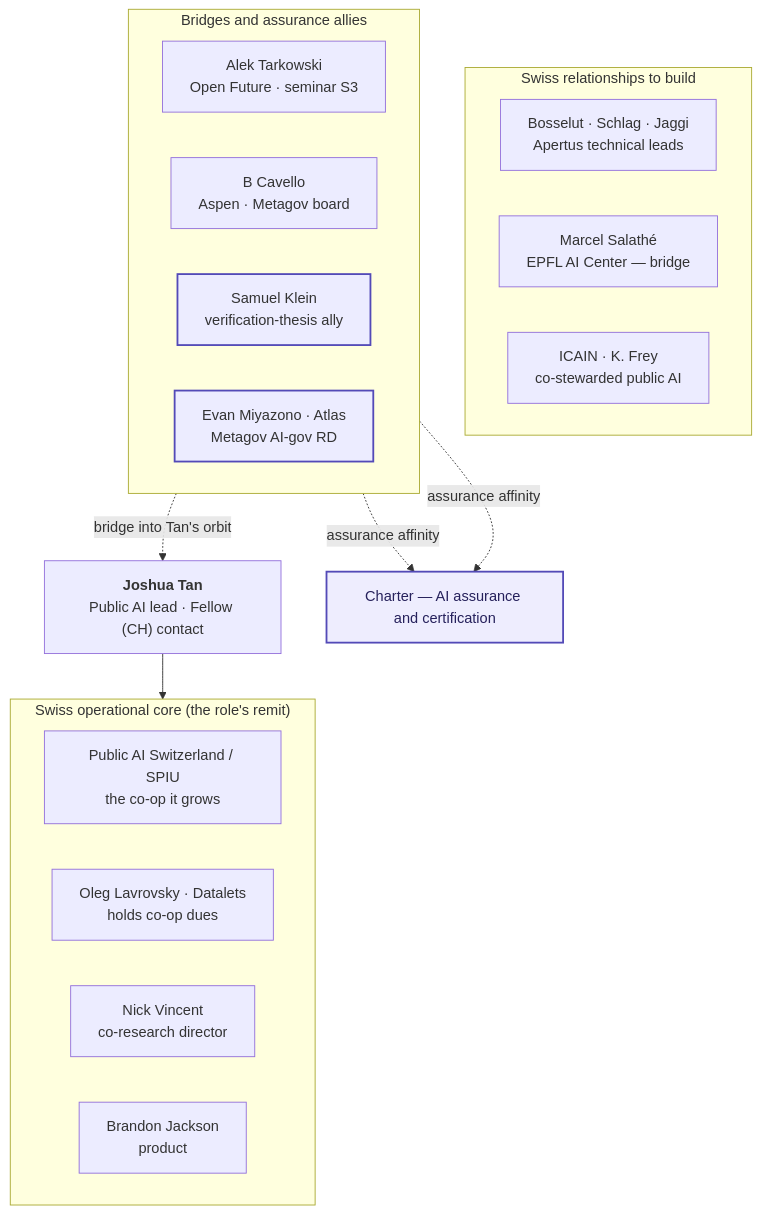
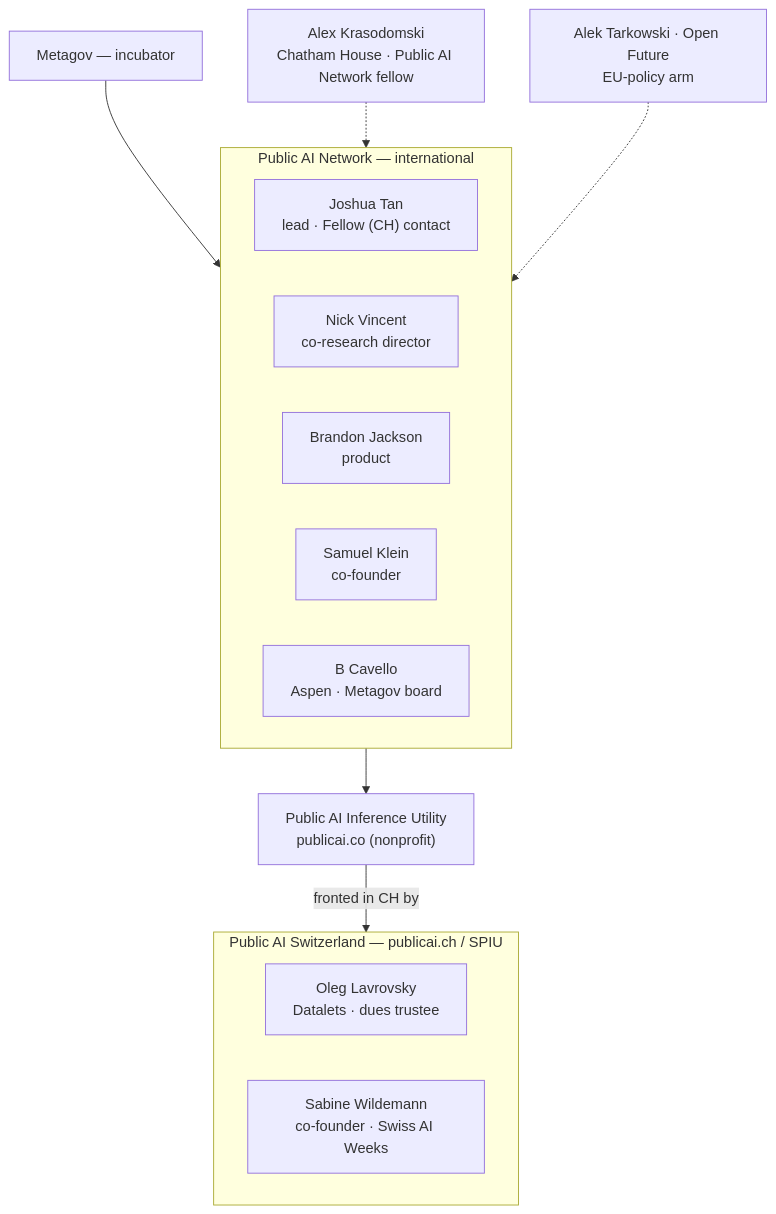
One commit to robertschaub/our-ai-charter changed the first of 3 diagrams in docs/wip/public-ai-people-and-pathways.md. Above: the diagram before and after it, drawn with Mermaid. The commit also changed other lines of this file and 1 other file, not shown here.

Commit message:
docs(wip): refocus Public AI stakeholder map into two diagrams (Public AI intl+CH; Apertus/Swiss)
public-ai-people-and-pathways.md: split the combined who's-who map into section 1 Public AI (international + Swiss chapter) -- adding Sabine Wildemann and Alex Krasodomski plus the Metagov -> coalition -> utility -> SPIU spine -- and a new section 2 Apertus & the Swiss AI ecosystem (CH): Swiss AI Initiative (ETH+EPFL AI Centers), Andreas Krause, Menna El-Assady, CSCS/Schulthess, Swisscom distribution. Pulls the most relevant star-rated contacts from the actor map without overloading (summit/diplomacy, scholars, funders, and lower-rated operational names stay in the actor map). Seminar-network view -> section 3, Apertus grounding -> section 4, Salathe actor note -> section 5. Neutral voice retained; mkdocs build --strict clean.

````diff
--- a/docs/wip/public-ai-people-and-pathways.md
+++ b/docs/wip/public-ai-people-and-pathways.md
@@ -15,36 +16,23 @@
 ```mermaid
-flowchart TD
-  TAN["<b>Joshua Tan</b><br/>Public AI lead · Fellow (CH) contact"]
-
-  subgraph CORE["Swiss operational core (the role's remit)"]
+flowchart TB
+  MG["Metagov — incubator"]
+  subgraph INTL["Public AI Network — international"]
     direction LR
-    SPIU["Public AI Switzerland / SPIU<br/>the co-op it grows"]
-    LAV["Oleg Lavrovsky · Datalets<br/>holds co-op dues"]
+    TAN["Joshua Tan<br/>lead · Fellow (CH) contact"]
     NV["Nick Vincent<br/>co-research director"]
     BJ["Brandon Jackson<br/>product"]
+    KLEIN["Samuel Klein<br/>co-founder"]
+    CAV["B Cavello<br/>Aspen · Metagov board"]
   end
-  TAN --> CORE
-
-  subgraph REL["Swiss relationships to build"]
+  UTIL["Public AI Inference Utility<br/>publicai.co (nonprofit)"]
+  subgraph CHX["Public AI Switzerland — publicai.ch / SPIU"]
     direction LR
-    APE["Bosselut · Schlag · Jaggi<br/>Apertus technical leads"]
-    SAL["Marcel Salathé<br/>EPFL AI Center — bridge"]
-    ICN["ICAIN · K. Frey<br/>co-stewarded public AI"]
+    LAV["Oleg Lavrovsky<br/>Datalets · dues trustee"]
+    WIL["Sabine Wildemann<br/>co-founder · Swiss AI Weeks"]
   end
-
-  subgraph WARM["Bridges and assurance allies"]
-    direction LR
-    ALEK["Alek Tarkowski<br/>Open Future · seminar S3"]
-    CAV["B Cavello<br/>Aspen · Metagov board"]
-    KLEIN["Samuel Klein<br/>verification-thesis ally"]:::lev
-    MIY["Evan Miyazono · Atlas<br/>Metagov AI-gov RD"]:::lev
-  end
-
-  CHT["Charter — AI assurance and certification"]:::charter
-  ALEK -.->|bridge into Tan's orbit| TAN
-  KLEIN -.->|assurance affinity| CHT
-  MIY -.->|assurance affinity| CHT
-
-  classDef charter fill:#EEEDFE,stroke:#534AB7,stroke-width:2px,color:#26215C;
-  classDef lev stroke:#534AB7,stroke-width:2px;
+  MG --> INTL
+  TAN --> UTIL
+  UTIL -->|fronted in CH by| CHX
+  KRA["Alex Krasodomski<br/>Chatham House · Public AI Network fellow"] -.-> INTL
+  ALEK["Alek Tarkowski · Open Future<br/>EU-policy arm"] -.-> INTL
 ```
````
